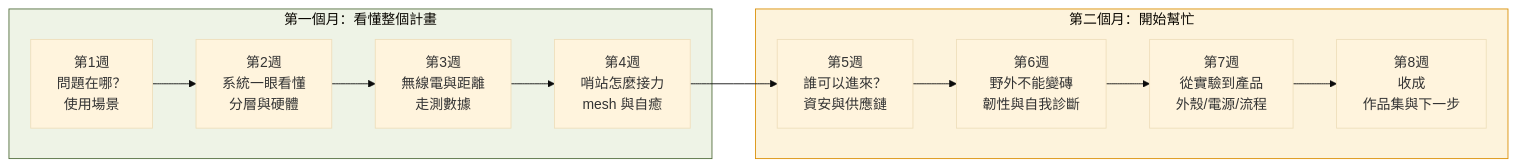
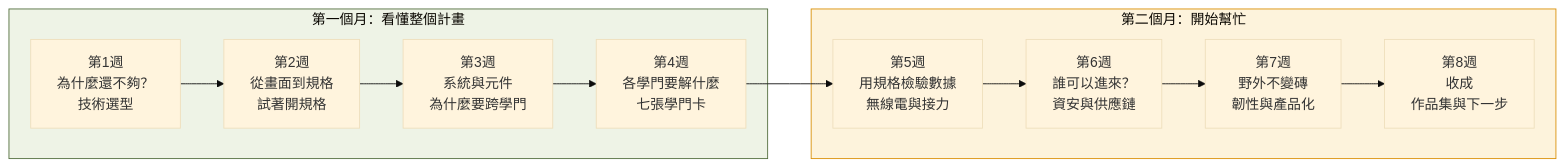
One commit to winson3QQ/Batman changed the first of 2 diagrams in docs/curriculum/README.md. Above: the diagram before and after it, drawn with Mermaid (base theme). The commit also changed other lines of this file and 4 other files, not shown here.

````diff
--- a/docs/curriculum/README.md
+++ b/docs/curriculum/README.md
@@ -27,16 +27,16 @@
 ```mermaid
 flowchart LR
   subgraph M1[第一個月：看懂整個計畫]
-    W1[第1週<br/>問題在哪？<br/>使用場景] --> W2[第2週<br/>系統一眼看懂<br/>分層與硬體]
-    W2 --> W3[第3週<br/>無線電與距離<br/>走測數據]
-    W3 --> W4[第4週<br/>哨站怎麼接力<br/>mesh 與自癒]
+    W1[第1週<br/>為什麼還不夠？<br/>技術選型] --> W2[第2週<br/>從畫面到規格<br/>試著開規格]
+    W2 --> W3[第3週<br/>系統與元件<br/>為什麼要跨學門]
+    W3 --> W4[第4週<br/>各學門要解什麼<br/>七張學門卡]
   end
   subgraph M2[第二個月：開始幫忙]
-    W5[第5週<br/>誰可以進來？<br/>資安與供應鏈] --> W6[第6週<br/>野外不能變磚<br/>韌性與自我診斷]
-    W6 --> W7[第7週<br/>從實驗到產品<br/>外殼/電源/流程]
+    W5[第5週<br/>用規格檢驗數據<br/>無線電與接力] --> W6[第6週<br/>誰可以進來？<br/>資安與供應鏈]
+    W6 --> W7[第7週<br/>野外不變磚<br/>韌性與產品化]
     W7 --> W8[第8週<br/>收成<br/>作品集與下一步]
   end
   W4 --> W5
   style M1 fill:#eef3e6,stroke:#4f6b3a
   style M2 fill:#fdf3dc,stroke:#d98e04
 ```
````
